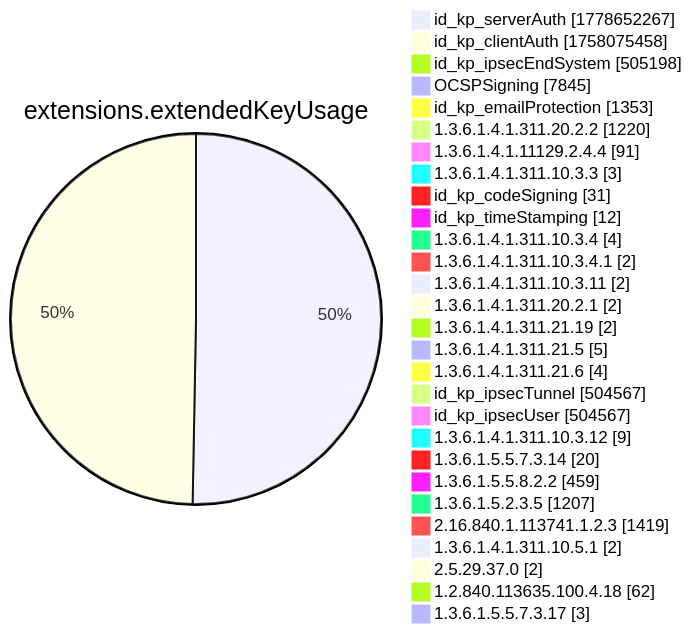
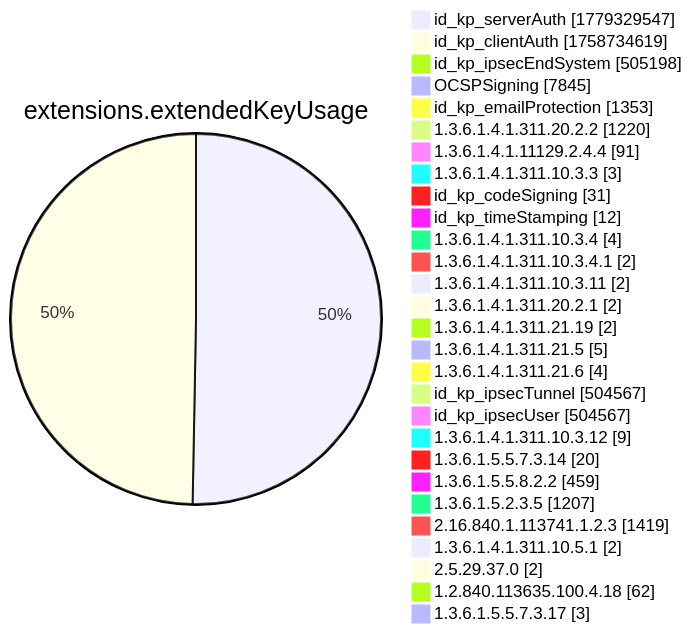
Before and after one commit to christiankrug/ctmonitor_visualization: diagram 12 of 15 in xenon2022/README.md, drawn with Mermaid. The commit also changed other lines of this file, not shown here.

````diff
--- a/xenon2022/README.md
+++ b/xenon2022/README.md
@@ -3894,32 +3894,32 @@
 ```mermaid
 pie showData
 title extensions.extendedKeyUsage
-"id_kp_serverAuth" :1778652267
-"id_kp_clientAuth" :1758075458
+"id_kp_serverAuth" :1779329547
+"id_kp_clientAuth" :1758734619
 "id_kp_ipsecEndSystem" :505198
 "OCSPSigning" :7845
 "id_kp_emailProtection" :1353
 "1.3.6.1.4.1.311.20.2.2" :1220
 "1.3.6.1.4.1.11129.2.4.4" :91
 "1.3.6.1.4.1.311.10.3.3" :3
 "id_kp_codeSigning" :31
 "id_kp_timeStamping" :12
 "1.3.6.1.4.1.311.10.3.4" :4
 "1.3.6.1.4.1.311.10.3.4.1" :2
 "1.3.6.1.4.1.311.10.3.11" :2
 "1.3.6.1.4.1.311.20.2.1" :2
 "1.3.6.1.4.1.311.21.19" :2
 "1.3.6.1.4.1.311.21.5" :5
 "1.3.6.1.4.1.311.21.6" :4
 "id_kp_ipsecTunnel" :504567
 "id_kp_ipsecUser" :504567
 "1.3.6.1.4.1.311.10.3.12" :9
 "1.3.6.1.5.5.7.3.14" :20
 "1.3.6.1.5.5.8.2.2" :459
 "1.3.6.1.5.2.3.5" :1207
 "2.16.840.1.113741.1.2.3" :1419
 "1.3.6.1.4.1.311.10.5.1" :2
 "2.5.29.37.0" :2
 "1.2.840.113635.100.4.18" :62
 "1.3.6.1.5.5.7.3.17" :3
 ```
````
